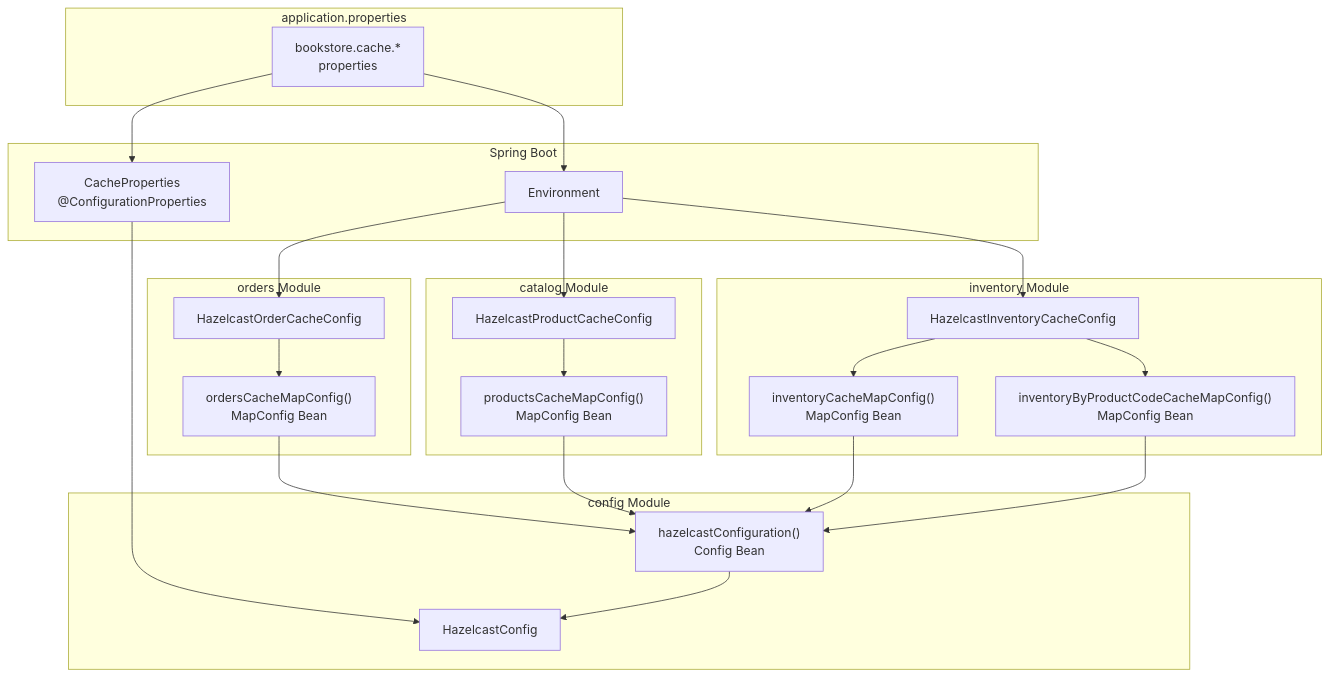
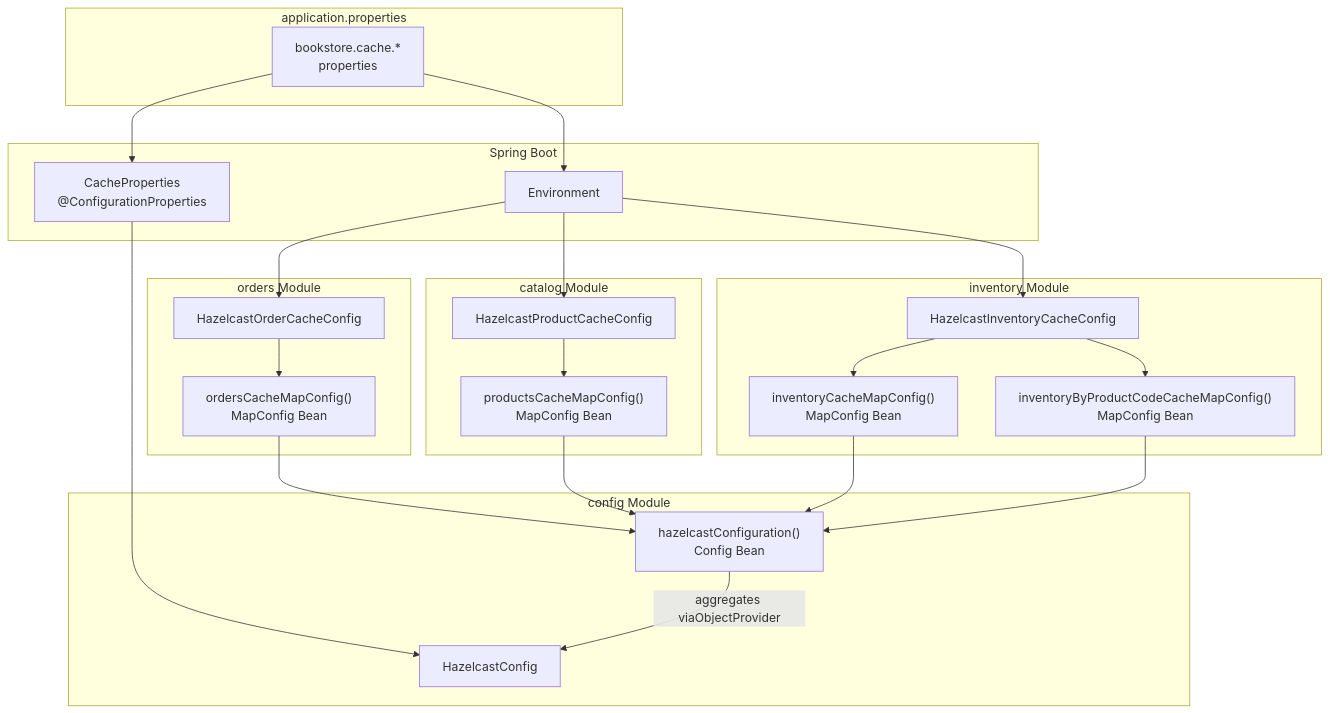
Before and after one commit to philipz/spring-modular-monolith: the third of 3 diagrams in docs/deepwiki/Cache-Properties.md, drawn with Mermaid. The commit also changed other lines of this file and 55 other files, not shown here.

````diff
--- a/docs/deepwiki/Cache-Properties.md
+++ b/docs/deepwiki/Cache-Properties.md
@@ -338,62 +338,62 @@
 ```mermaid
 flowchart TD
 
 Props["bookstore.cache.*<br>properties"]
 Env["Environment"]
 CP["CacheProperties<br>@ConfigurationProperties"]
 HOCC["HazelcastOrderCacheConfig"]
 OMCB["ordersCacheMapConfig()<br>MapConfig Bean"]
 HPCC["HazelcastProductCacheConfig"]
 PMCB["productsCacheMapConfig()<br>MapConfig Bean"]
 HICC["HazelcastInventoryCacheConfig"]
 IMCB1["inventoryCacheMapConfig()<br>MapConfig Bean"]
 IMCB2["inventoryByProductCodeCacheMapConfig()<br>MapConfig Bean"]
 HC["HazelcastConfig"]
 HConf["hazelcastConfiguration()<br>Config Bean"]
 
 Props --> Env
 Props --> CP
 Env --> HOCC
 Env --> HPCC
 Env --> HICC
 OMCB --> HConf
 PMCB --> HConf
 IMCB1 --> HConf
 IMCB2 --> HConf
 CP --> HC
 
 subgraph subGraph5 ["config Module"]
     HC
     HConf
-    HConf --> HC
+    HConf -->|"aggregates viaObjectProvider"| HC
 end
 
 subgraph subGraph4 ["inventory Module"]
     HICC
     IMCB1
     IMCB2
     HICC --> IMCB1
     HICC --> IMCB2
 end
 
 subgraph subGraph3 ["catalog Module"]
     HPCC
     PMCB
     HPCC --> PMCB
 end
 
 subgraph subGraph2 ["orders Module"]
     HOCC
     OMCB
     HOCC --> OMCB
 end
 
 subgraph subGraph1 ["Spring Boot"]
     Env
     CP
 end
 
 subgraph application.properties ["application.properties"]
     Props
 end
 ```
````
